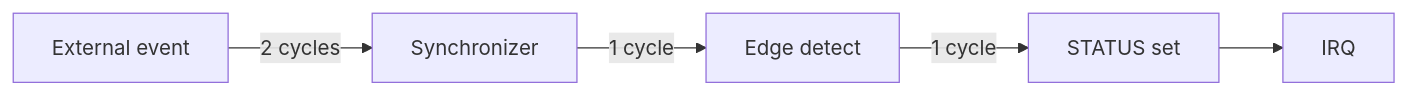
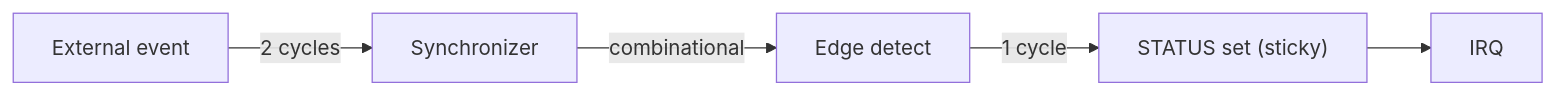
The third of 4 diagrams in projects/components/retro_legacy_blocks/docs/gpio_mas/ch03_interfaces/03_interrupt.md (sean-galloway/RTLDesignSherpa), drawn with Mermaid before and after one commit. The commit also changed other lines of this file and 10 other files, not shown here.

````diff
--- a/projects/components/retro_legacy_blocks/docs/gpio_mas/ch03_interfaces/03_interrupt.md
+++ b/projects/components/retro_legacy_blocks/docs/gpio_mas/ch03_interfaces/03_interrupt.md
@@ -100,7 +100,7 @@
 ```mermaid
 flowchart LR
     A["External event"] -->|"2 cycles"| B["Synchronizer"]
-    B -->|"1 cycle"| C["Edge detect"]
-    C -->|"1 cycle"| D["STATUS set"]
+    B -->|"combinational"| C["Edge detect"]
+    C -->|"1 cycle"| D["STATUS set (sticky)"]
     D --> E["IRQ"]
 ```
````
